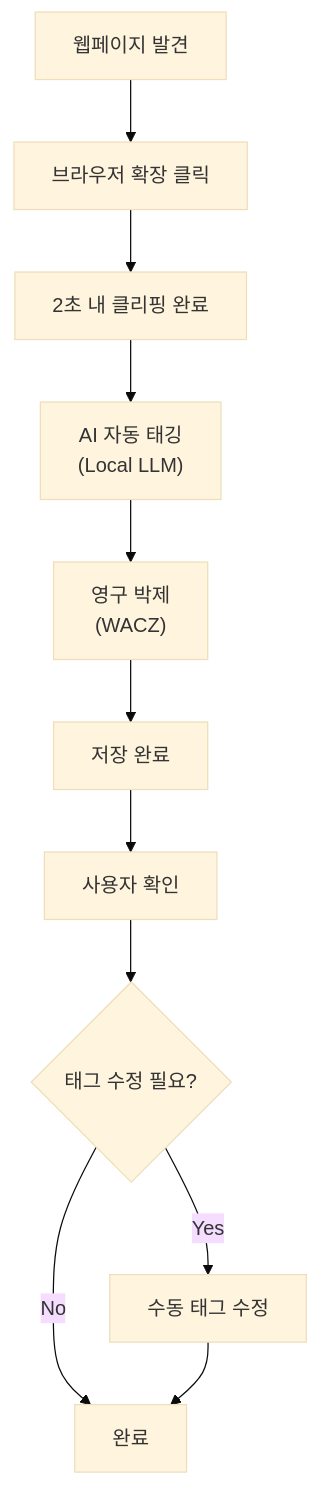
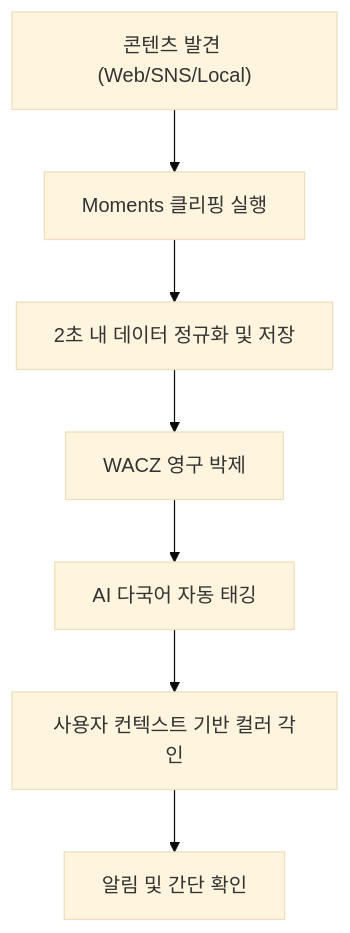
Before and after one commit to gus2902/new_learn: the first of 3 diagrams in docs/프로젝트/output/PHASE5-서비스제안/PHASE5-Step3-서비스구조-2026-01-10.md, drawn with Mermaid (base theme). The commit also changed other lines of this file and 25 other files, not shown here.

````diff
--- a/docs/프로젝트/output/PHASE5-서비스제안/PHASE5-Step3-서비스구조-2026-01-10.md
+++ b/docs/프로젝트/output/PHASE5-서비스제안/PHASE5-Step3-서비스구조-2026-01-10.md
@@ -94,14 +92,10 @@
 ```mermaid
 flowchart TB
-    A["웹페이지 발견"] --> B["브라우저 확장 클릭"]
-    B --> C["2초 내 클리핑 완료"]
-    C --> D["AI 자동 태깅<br/>(Local LLM)"]
-    D --> E["영구 박제<br/>(WACZ)"]
-    E --> F["저장 완료"]
+    A["콘텐츠 발견 (Web/SNS/Local)"] --> B["Moments 클리핑 실행"]
+    B --> C["2초 내 데이터 정규화 및 저장"]
+    C --> D["WACZ 영구 박제"]
+    D --> E["AI 다국어 자동 태깅"]
+    E --> F["사용자 컨텍스트 기반 컬러 각인"]
     
-    F --> G["사용자 확인"]
-    G --> H{"태그 수정 필요?"}
-    H -->|Yes| I["수동 태그 수정"]
-    H -->|No| J["완료"]
-    I --> J
+    F --> G["알림 및 간단 확인"]
 ```
````
